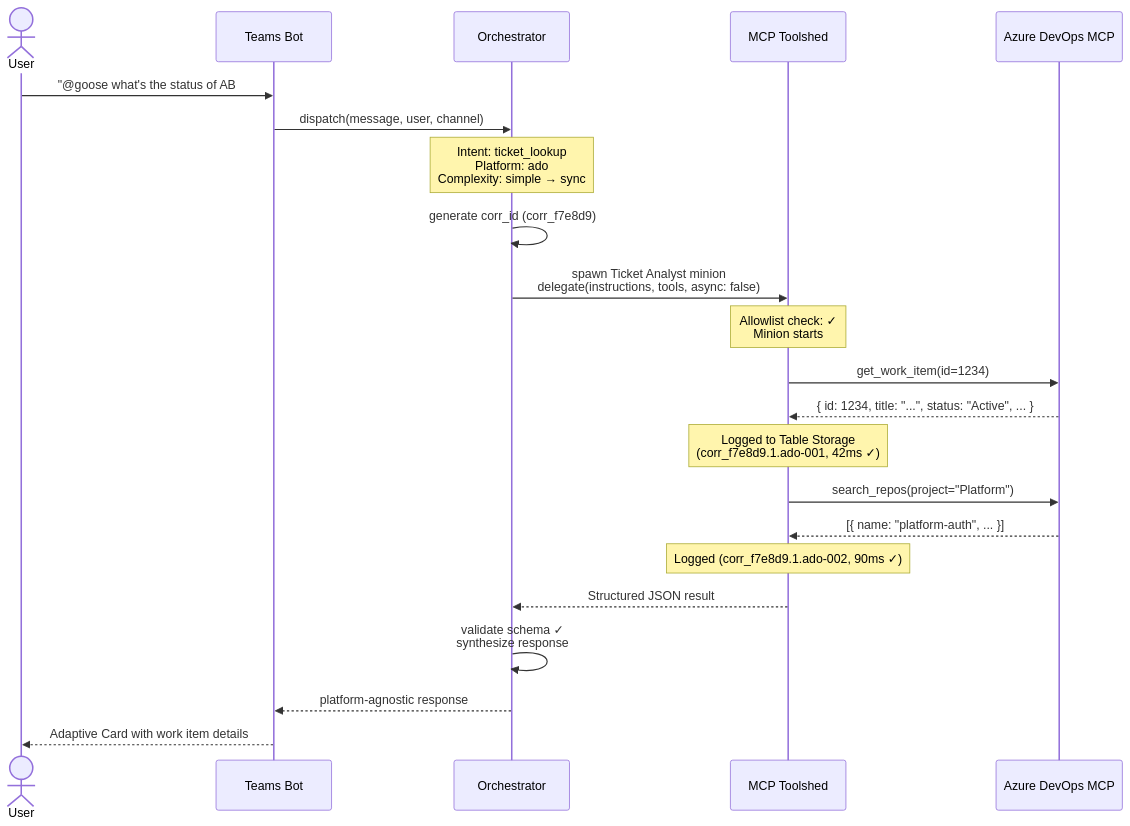
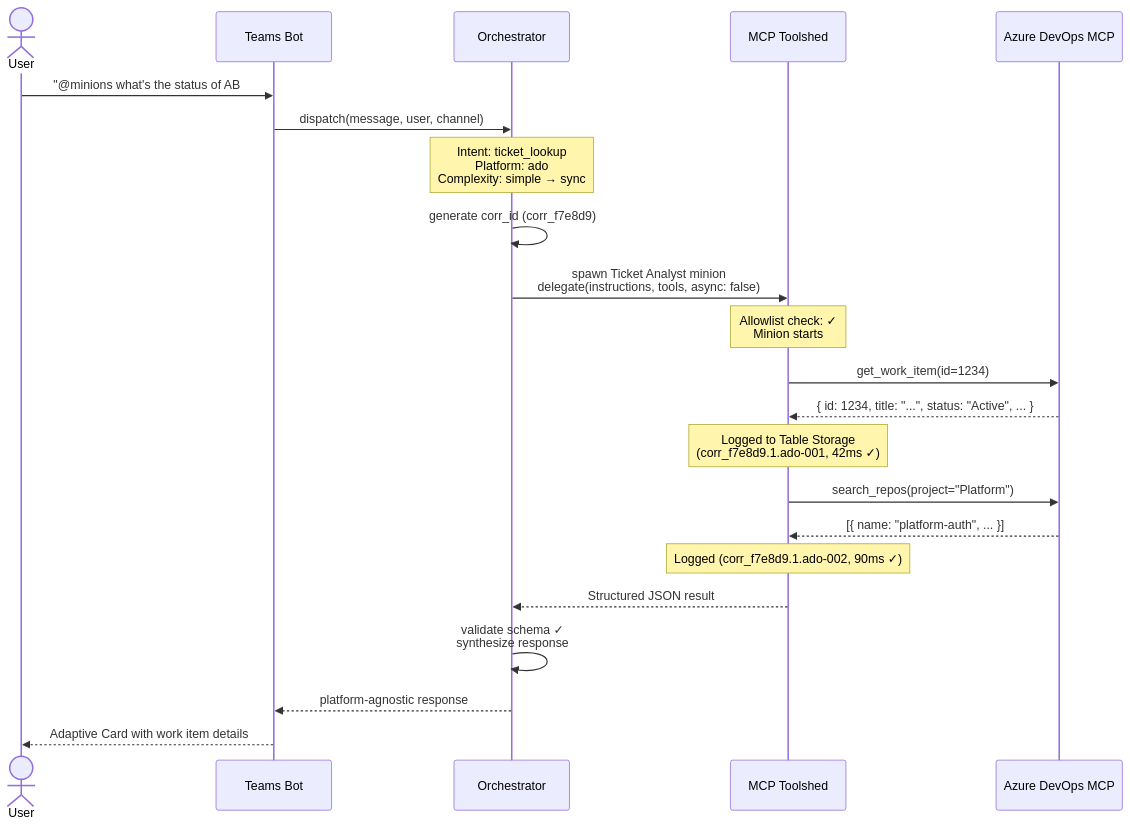
The sixth of 12 diagrams in docs/logical-architecture.md (dr-paulb/managed-service-minions), drawn with Mermaid before and after one commit. The commit also changed other lines of this file and 12 other files, not shown here.

First line of the commit message:
refactor: use @minions as the chat handle instead of @goose

````diff
--- a/docs/logical-architecture.md
+++ b/docs/logical-architecture.md
@@ -387,32 +387,32 @@
 ```mermaid
 sequenceDiagram
     actor User
     participant Teams as Teams Bot
     participant Orch as Orchestrator
     participant MCP as MCP Toolshed
     participant ADO as Azure DevOps MCP
     
-    User->>Teams: "@goose what's the status of AB#1234?"
+    User->>Teams: "@minions what's the status of AB#1234?"
     Teams->>Orch: dispatch(message, user, channel)
     
     Note over Orch: Intent: ticket_lookup<br/>Platform: ado<br/>Complexity: simple → sync
     
     Orch->>Orch: generate corr_id (corr_f7e8d9)
     
     Orch->>MCP: spawn Ticket Analyst minion<br/>delegate(instructions, tools, async: false)
     Note over MCP: Allowlist check: ✓<br/>Minion starts
     
     MCP->>ADO: get_work_item(id=1234)
     ADO-->>MCP: { id: 1234, title: "...", status: "Active", ... }
     Note over MCP: Logged to Table Storage<br/>(corr_f7e8d9.1.ado-001, 42ms ✓)
     
     MCP->>ADO: search_repos(project="Platform")
     ADO-->>MCP: [{ name: "platform-auth", ... }]
     Note over MCP: Logged (corr_f7e8d9.1.ado-002, 90ms ✓)
     
     MCP-->>Orch: Structured JSON result
     Orch->>Orch: validate schema ✓<br/>synthesize response
     
     Orch-->>Teams: platform-agnostic response
     Teams-->>User: Adaptive Card with work item details
 ```
````
